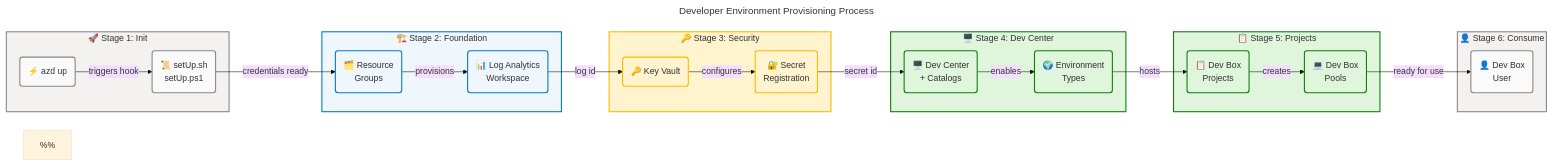
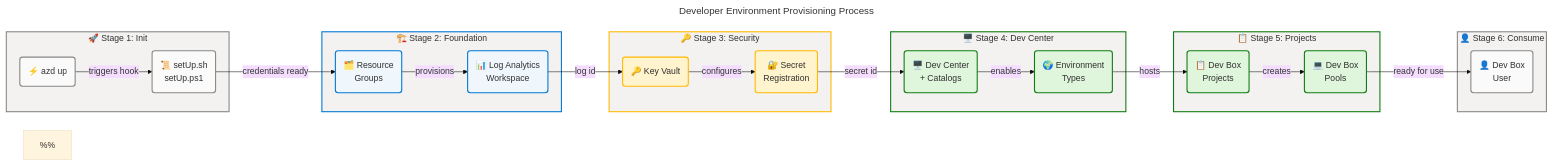
The third of 5 diagrams in docs/architecture/bus-arch.md (Evilazaro/DevExp-DevBox), drawn with Mermaid before and after one commit. The commit also changed other lines of this file and 3 other files, not shown here.

Commit message:
Refactor architecture documentation to enhance flowchart styles and enable HTML labels for improved visualization

````diff
--- a/docs/architecture/bus-arch.md
+++ b/docs/architecture/bus-arch.md
@@ -555,79 +555,79 @@
 ```mermaid
 ---
 title: "Developer Environment Provisioning Process"
 config:
   theme: base
   look: classic
   layout: dagre
   themeVariables:
     fontSize: '16px'
   flowchart:
     htmlLabels: true
 ---
 flowchart LR
     accTitle: Developer Environment Provisioning Business Process
     accDescr: Six-stage sequential provisioning flow from azd up command through credential setup, resource group creation, Log Analytics, Key Vault, Dev Center, projects and pools, to developer consumption. Nodes: T1=neutral, T2=neutral, F1=core, F2=core, S1=warning, S2=warning, W1=success, W2=success, P1=success, P2=success, D1=neutral. WCAG AA compliant.
 
     %%
     %% AZURE / FLUENT ARCHITECTURE PATTERN v2.0
     %% (Semantic + Structural + Font + Accessibility Governance)
     %%
     %% PHASE 1 - FLUENT UI: All styling uses approved Fluent UI palette only
     %% PHASE 2 - GROUPS: Every subgraph has semantic color via style directive
     %% PHASE 3 - COMPONENTS: Every node has semantic classDef + icon prefix
     %% PHASE 4 - ACCESSIBILITY: accTitle/accDescr present, WCAG AA contrast
     %% PHASE 5 - STANDARD: Governance block present, classDefs centralized
     %%
 
     subgraph init["🚀 Stage 1: Init"]
         T1("⚡ azd up"):::neutral
         T2("📜 setUp.sh<br/>setUp.ps1"):::neutral
     end
 
     subgraph found["🏗️ Stage 2: Foundation"]
         F1("🗂️ Resource<br/>Groups"):::core
         F2("📊 Log Analytics<br/>Workspace"):::core
     end
 
     subgraph secu["🔑 Stage 3: Security"]
         S1("🔑 Key Vault"):::warning
         S2("🔐 Secret<br/>Registration"):::warning
     end
 
     subgraph wl["🖥️ Stage 4: Dev Center"]
         W1("🖥️ Dev Center<br/>+ Catalogs"):::success
         W2("🌍 Environment<br/>Types"):::success
     end
 
     subgraph proj["📋 Stage 5: Projects"]
         P1("📋 Dev Box<br/>Projects"):::success
         P2("💻 Dev Box<br/>Pools"):::success
     end
 
     subgraph consume["👤 Stage 6: Consume"]
         D1("👤 Dev Box<br/>User"):::neutral
     end
 
     T1 -->|triggers hook| T2
     T2 -->|credentials ready| F1
     F1 -->|provisions| F2
     F2 -->|log id| S1
     S1 -->|configures| S2
     S2 -->|secret id| W1
     W1 -->|enables| W2
     W2 -->|hosts| P1
     P1 -->|creates| P2
     P2 -->|ready for use| D1
 
     classDef core fill:#EFF6FC,stroke:#0078D4,stroke-width:2px,color:#323130
     classDef success fill:#DFF6DD,stroke:#107C10,stroke-width:2px,color:#323130
     classDef neutral fill:#FAFAFA,stroke:#8A8886,stroke-width:2px,color:#323130
     classDef warning fill:#FFF4CE,stroke:#FFB900,stroke-width:2px,color:#323130
 
     style init fill:#F3F2F1,stroke:#8A8886,stroke-width:2px,color:#323130
-    style found fill:#EFF6FC,stroke:#0078D4,stroke-width:2px,color:#323130
-    style secu fill:#FFF4CE,stroke:#FFB900,stroke-width:2px,color:#323130
-    style wl fill:#DFF6DD,stroke:#107C10,stroke-width:2px,color:#323130
-    style proj fill:#DFF6DD,stroke:#107C10,stroke-width:2px,color:#323130
+    style found fill:#F3F2F1,stroke:#0078D4,stroke-width:2px,color:#323130
+    style secu fill:#F3F2F1,stroke:#FFB900,stroke-width:2px,color:#323130
+    style wl fill:#F3F2F1,stroke:#107C10,stroke-width:2px,color:#323130
+    style proj fill:#F3F2F1,stroke:#107C10,stroke-width:2px,color:#323130
     style consume fill:#F3F2F1,stroke:#8A8886,stroke-width:2px,color:#323130
 ```
````
